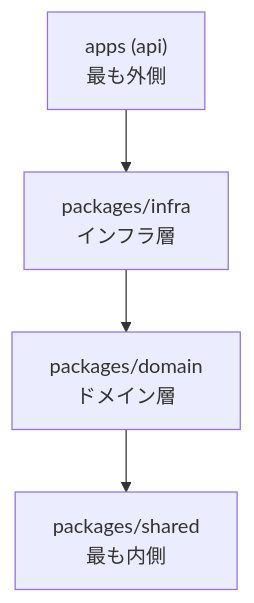
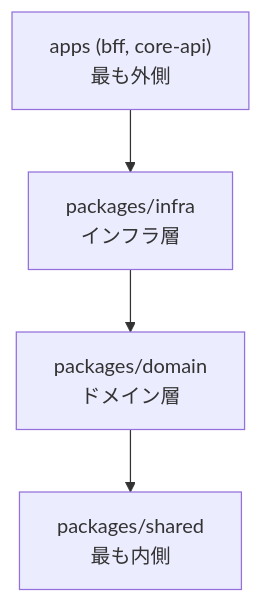
The fourth of 4 diagrams in docs/05_技術ノート/Cargoワークスペース.md (ka2kama/ringiflow), drawn with Mermaid before and after one commit. The commit also changed other lines of this file and 33 other files, not shown here.

Commit message:
BFF/Core API 分離後のクリーンアップとドキュメント整備 (#28)

````diff
--- a/docs/05_技術ノート/Cargoワークスペース.md
+++ b/docs/05_技術ノート/Cargoワークスペース.md
@@ -186,11 +191,11 @@
 ```mermaid
 flowchart TB
-    Apps["apps (api)<br/>最も外側"]
+    Apps["apps (bff, core-api)<br/>最も外側"]
     Infra["packages/infra<br/>インフラ層"]
     Domain["packages/domain<br/>ドメイン層"]
     Shared["packages/shared<br/>最も内側"]
 
     Apps --> Infra
     Infra --> Domain
     Domain --> Shared
 ```
````
